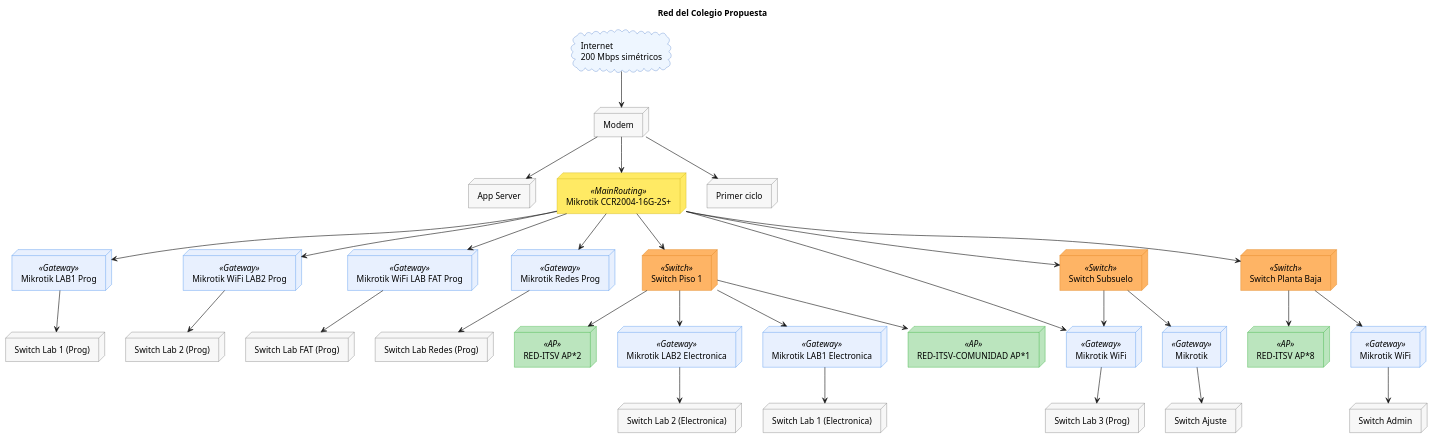
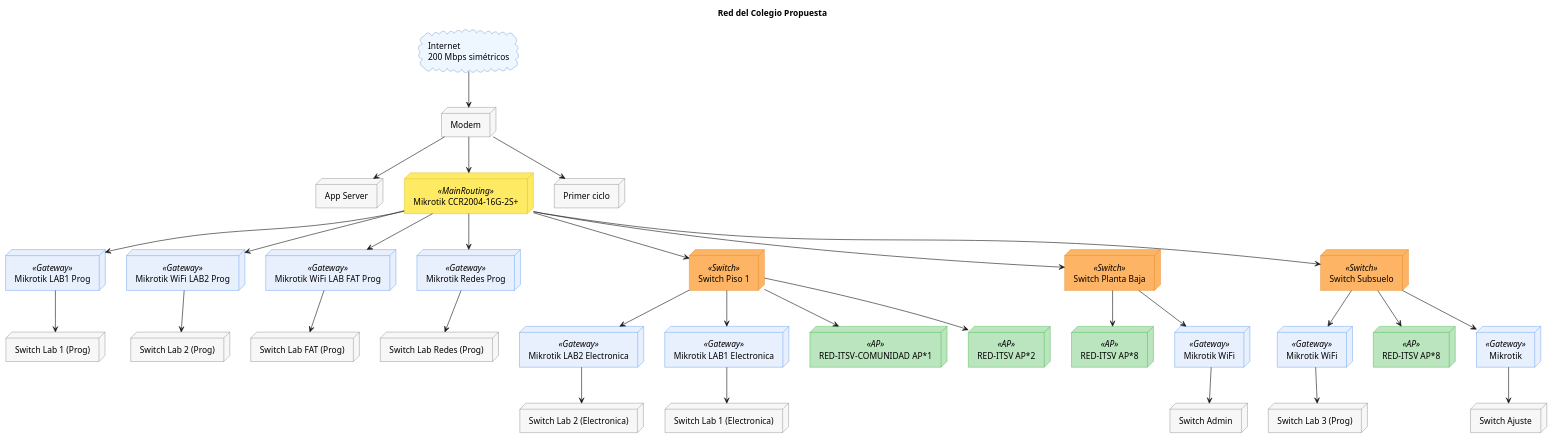
One commit to MateMar04/Red-ITSV changed the diagram in PresentacionDeProyecto/Diagramas/red_esperada.wsd. Above: the diagram before and after it, drawn with PlantUML.

Commit message:
APs de Subsuelo

```diff
--- a/PresentacionDeProyecto/Diagramas/red_esperada.wsd
+++ b/PresentacionDeProyecto/Diagramas/red_esperada.wsd
@@ -1,135 +1,137 @@
 @startuml red_nueva
 skinparam backgroundColor #ffffff
 skinparam shadowing false
 
 skinparam node {
   BackgroundColor #f7f7f7
   BorderColor #555555
 }
 skinparam cloud {
   BackgroundColor #eef6ff
   BorderColor #356ac3
 }
 skinparam rectangle {
   BackgroundColor #fefefe
   BorderColor #888
 }
 
 skinparam node<<Gateway>> {
   BackgroundColor #e8f0fe
   BorderColor #1a73e8
 }
 
 skinparam node<<MainRouting>> {
   BackgroundColor #ffdd009b
   BorderColor #bda400ff
 }
 
 skinparam node<<Switch>> {
   BackgroundColor #fea546d3
   BorderColor #d47006ff
 }
 
 skinparam node<<AP>> {
   BackgroundColor #019f0e44
   BorderColor #009c0dFF
 }
 
 title Red del Colegio Propuesta
 
 cloud "Internet\n200 Mbps simétricos" as inet
 
 node "Modem" as modem
 
 node "App Server" as app_srv
 
 node "Mikrotik CCR2004-16G-2S+" as sw_inet <<MainRouting>>
 
 node "Primer ciclo" as primer_ciclo
 
 node "Switch Lab 1 (Prog)" as lab1_prog
 
 node "Mikrotik LAB1 Prog" as mt_lab1_prog <<Gateway>>
 
 node "Mikrotik LAB2 Electronica" as mt_lab2_electronica <<Gateway>>
 
 node "Mikrotik LAB1 Electronica" as mt_lab1_electronica <<Gateway>>
 
 node "Switch Lab 2 (Electronica)" as lab2_electronica
 
 node "Switch Lab 1 (Electronica)" as lab1_electronica
 
 node "Switch Lab 2 (Prog)" as lab2_prog
 
 node "Switch Lab FAT (Prog)" as lab_fat_prog
 
 node "Switch Lab Redes (Prog)" as lab_redes_prog
 
 node "Mikrotik WiFi LAB2 Prog" as mt_lab2_prog <<Gateway>>
 
 node "Mikrotik WiFi LAB FAT Prog" as mt_fat_prog  <<Gateway>>
 
 node "Mikrotik Redes Prog" as mt_redes_prog <<Gateway>>
 
 node "Switch Lab 3 (Prog)" as lab3_prog
 
 node "Switch Ajuste" as lab_ajuste
 
 node "Mikrotik WiFi" as mt_lab3_prog <<Gateway>>
 
 node "Switch Admin" as sw_admin
 
 node "RED-ITSV-COMUNIDAD AP*1" as comunidad <<AP>>
 
 node "RED-ITSV AP*2" as red_itsv_p1 <<AP>>
 
 node "RED-ITSV AP*8" as red_itsv_pB <<AP>>
 
+node "RED-ITSV AP*8" as red_subsuelo <<AP>>
+
 node "Mikrotik WiFi" as mt_admin <<Gateway>>
 
 node "Mikrotik" as mt_ajuste <<Gateway>>
 
 node "Switch Piso 1" as sw_piso1  <<Switch>>
 
 node "Switch Planta Baja" as sw_pisoPB <<Switch>>
 
 node "Switch Subsuelo" as sw_subsuelo <<Switch>>
 
 
 inet -d-> modem
 modem -d-> app_srv
 modem -d-> sw_inet
 modem -d-> primer_ciclo
 
 sw_inet -d-> mt_lab2_prog
 sw_inet -d-> mt_fat_prog
-sw_inet -d-> mt_lab3_prog
 sw_inet -d-> mt_redes_prog
 sw_inet -d-> sw_piso1
 sw_inet -d-> sw_pisoPB
 sw_inet -d-> sw_subsuelo
 sw_inet -d-> mt_lab1_prog
 
 
 mt_lab1_prog -d-> lab1_prog
 mt_lab2_electronica -d-> lab2_electronica
 mt_lab1_electronica -d-> lab1_electronica
 mt_fat_prog -d-> lab_fat_prog
 mt_lab2_prog -d-> lab2_prog
 mt_redes_prog -d-> lab_redes_prog
 mt_lab3_prog -d-> lab3_prog
 mt_ajuste -d-> lab_ajuste
 mt_admin -d-> sw_admin
 
 sw_piso1 -d-> comunidad
 sw_piso1 -d-> mt_lab2_electronica
 sw_piso1 -d-> mt_lab1_electronica
 sw_piso1 -d-> red_itsv_p1
 
 sw_pisoPB -d-> red_itsv_pB
 sw_pisoPB -d-> mt_admin
 
 sw_subsuelo -d-> mt_ajuste
 sw_subsuelo -d-> mt_lab3_prog
+sw_subsuelo -d-> red_subsuelo
 
 @enduml
```
